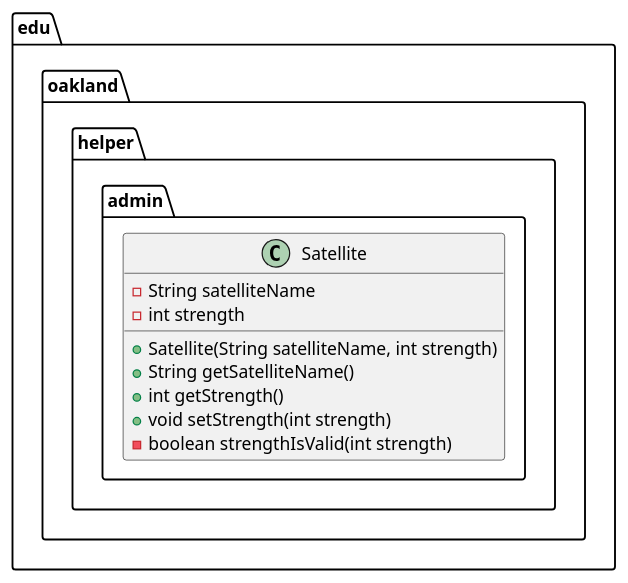
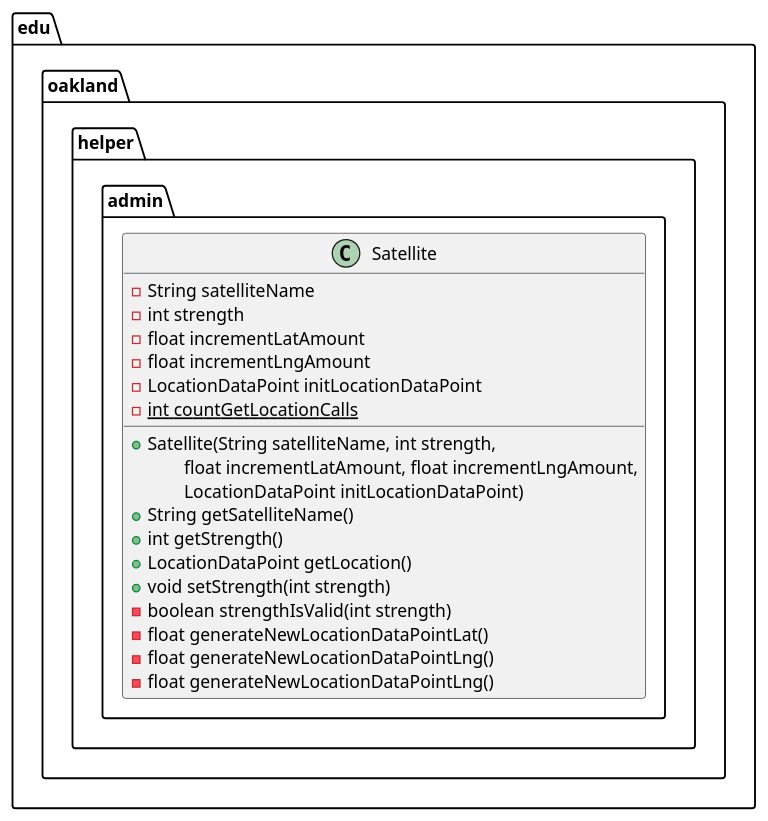
Before and after one commit to andrewdimmer/csi-3370-software-project: the diagram in docs/uml-class-diagrams/admin/helper/Satellite/Satellite.puml, drawn with PlantUML. The commit also changed 7 other files, not shown here.

```diff
--- a/docs/uml-class-diagrams/admin/helper/Satellite/Satellite.puml
+++ b/docs/uml-class-diagrams/admin/helper/Satellite/Satellite.puml
@@ -1,15 +1,26 @@
 @startuml Satellite
 
 package edu.oakland.helper.admin {
     class Satellite {
         - String satelliteName
         - int strength
-        + Satellite(String satelliteName, int strength)
+        - float incrementLatAmount
+        - float incrementLngAmount
+        - LocationDataPoint initLocationDataPoint
+        {static} - int countGetLocationCalls
+        __
+        + Satellite(String satelliteName, int strength,
+        \tfloat incrementLatAmount, float incrementLngAmount,
+        \tLocationDataPoint initLocationDataPoint)
         + String getSatelliteName()
         + int getStrength()
+        + LocationDataPoint getLocation()
         + void setStrength(int strength)
         - boolean strengthIsValid(int strength)
+        - float generateNewLocationDataPointLat()
+        - float generateNewLocationDataPointLng()
+        - float generateNewLocationDataPointLng()
     }
 }
 
 @enduml
```
